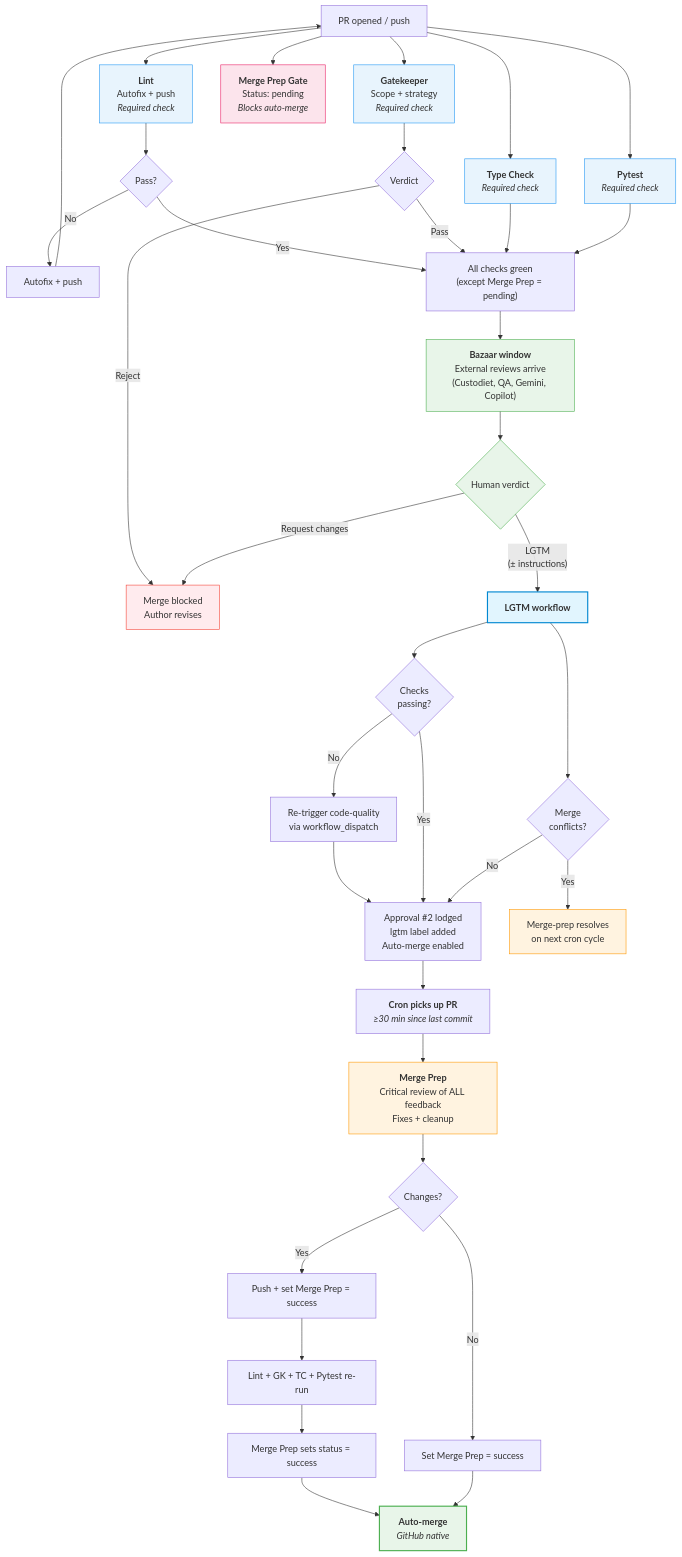
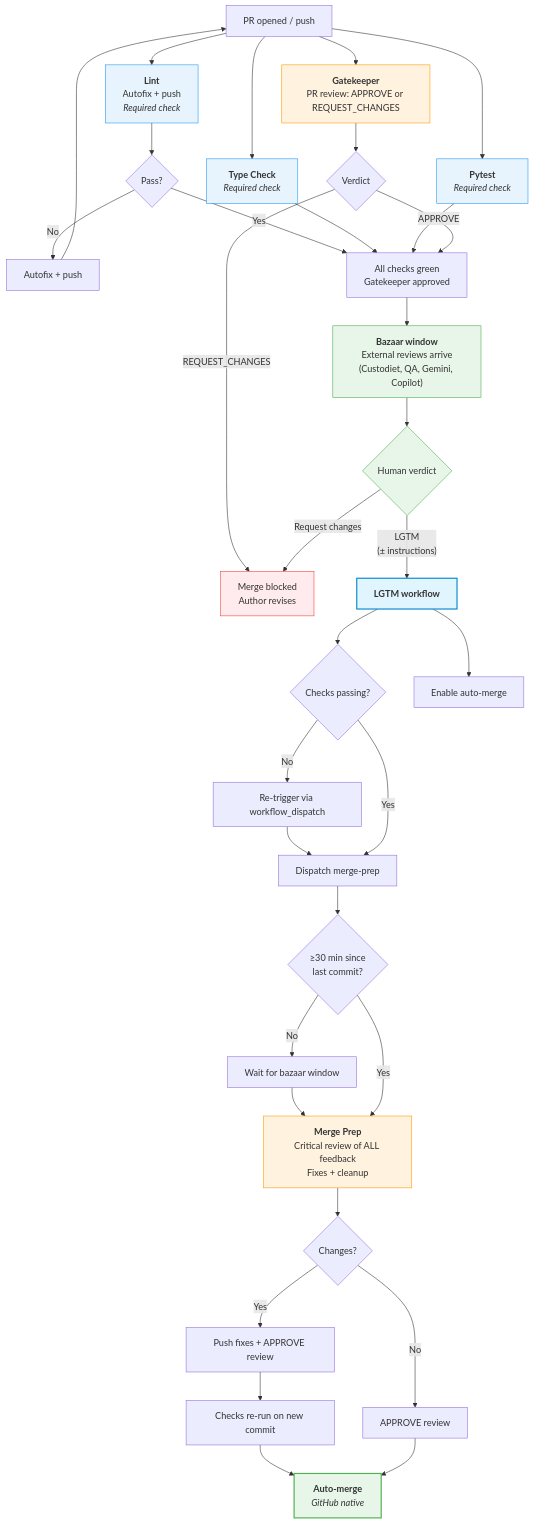
Before and after one commit to nicsuzor/academicOps: the diagram in specs/pr-process.md, drawn with Mermaid. The commit also changed other lines of this file, not shown here.

````diff
--- a/specs/pr-process.md
+++ b/specs/pr-process.md
@@ -153,70 +195,67 @@
 ```mermaid
 flowchart TD
     PR["PR opened / push"]
 
-    %% Phase 1: Immediate
+    %% Phase 1: Independent checks
     PR --> Lint["<b>Lint</b><br/>Autofix + push<br/><i>Required check</i>"]
-    PR --> GK["<b>Gatekeeper</b><br/>Scope + strategy<br/><i>Required check</i>"]
     PR --> TC["<b>Type Check</b><br/><i>Required check</i>"]
     PR --> Test["<b>Pytest</b><br/><i>Required check</i>"]
-    PR --> MPGate["<b>Merge Prep Gate</b><br/>Status: pending<br/><i>Blocks auto-merge</i>"]
+    PR --> GK["<b>Gatekeeper</b><br/>PR review: APPROVE or REQUEST_CHANGES"]
 
     Lint --> LintOK{Pass?}
     LintOK -- No --> AutoFix["Autofix + push"]
     AutoFix --> PR
     LintOK -- Yes --> Green
 
+    TC --> Green
+    Test --> Green
     GK --> GKV{Verdict}
-    GKV -- Reject --> Blocked["Merge blocked<br/>Author revises"]
-    GKV -- Pass --> Green
-
-    TC --> Green
-    Test --> Green["All checks green<br/>(except Merge Prep = pending)"]
+    GKV -- REQUEST_CHANGES --> Blocked["Merge blocked<br/>Author revises"]
+    GKV -- APPROVE --> Green["All checks green<br/>Gatekeeper approved"]
 
     %% Phase 2-3: Bazaar + Human
     Green --> Wait["<b>Bazaar window</b><br/>External reviews arrive<br/>(Custodiet, QA, Gemini, Copilot)"]
     Wait --> Human{"Human verdict"}
     Human -- "Request changes" --> Blocked
     Human -- "LGTM<br/>(± instructions)" --> LGTM
 
     %% LGTM workflow
     LGTM["<b>LGTM workflow</b>"]
-    LGTM --> CheckStatus{"Checks<br/>passing?"}
-    CheckStatus -- No --> Retrigger["Re-trigger code-quality<br/>via workflow_dispatch"]
-    Retrigger --> Approved
-    CheckStatus -- Yes --> Approved
-    LGTM --> Conflicts{"Merge<br/>conflicts?"}
-    Conflicts -- Yes --> WaitCron["Merge-prep resolves<br/>on next cron cycle"]
-    Conflicts -- No --> Approved
-    Approved["Approval #2 lodged<br/>lgtm label added<br/>Auto-merge enabled"]
+    LGTM --> CheckStatus{"Checks passing?"}
+    CheckStatus -- No --> Retrigger["Re-trigger via workflow_dispatch"]
+    Retrigger --> Dispatch
+    CheckStatus -- Yes --> Dispatch
 
-    %% Phase 4: Merge Prep (cron)
-    Approved --> Cron["<b>Cron picks up PR</b><br/><i>≥30 min since last commit</i>"]
-    Cron --> MP["<b>Merge Prep</b><br/>Critical review of ALL feedback<br/>Fixes + cleanup"]
+    LGTM --> AutoMerge["Enable auto-merge"]
+    Dispatch["Dispatch merge-prep"]
+
+    %% Phase 4: Merge Prep (event-driven)
+    Dispatch --> TimeGate{"≥30 min since<br/>last commit?"}
+    TimeGate -- No --> WaitBazaar["Wait for bazaar window"]
+    WaitBazaar --> MP
+    TimeGate -- Yes --> MP
+
+    MP["<b>Merge Prep</b><br/>Critical review of ALL feedback<br/>Fixes + cleanup"]
     MP --> MPPush{Changes?}
-    MPPush -- Yes --> Push["Push + set Merge Prep = success"]
-    MPPush -- No --> MPDone["Set Merge Prep = success"]
-    Push --> Recheck["Lint + GK + TC + Pytest re-run"]
-    Recheck --> MPSet["Merge Prep sets status = success"]
-    MPSet --> Merge
+    MPPush -- Yes --> Push["Push fixes + APPROVE review"]
+    MPPush -- No --> MPDone["APPROVE review"]
+    Push --> Recheck["Checks re-run on new commit"]
+    Recheck --> Merge
     MPDone --> Merge["<b>Auto-merge</b><br/><i>GitHub native</i>"]
 
     %% Styling
     classDef check fill:#e8f4fd,stroke:#2196f3
     classDef human fill:#e8f5e9,stroke:#4caf50
     classDef agent fill:#fff3e0,stroke:#ff9800
     classDef success fill:#e8f5e9,stroke:#4caf50,stroke-width:2px
     classDef fail fill:#ffebee,stroke:#f44336
-    classDef gate fill:#fce4ec,stroke:#e91e63
     classDef lgtm fill:#e1f5fe,stroke:#0288d1,stroke-width:2px
 
     class Lint,TC,Test check
-    class GK check
+    class GK agent
     class Human,Wait human
     class MP agent
     class Merge success
     class Blocked fail
-    class MPGate gate
     class LGTM lgtm
-    class WaitCron agent
 ```
````
